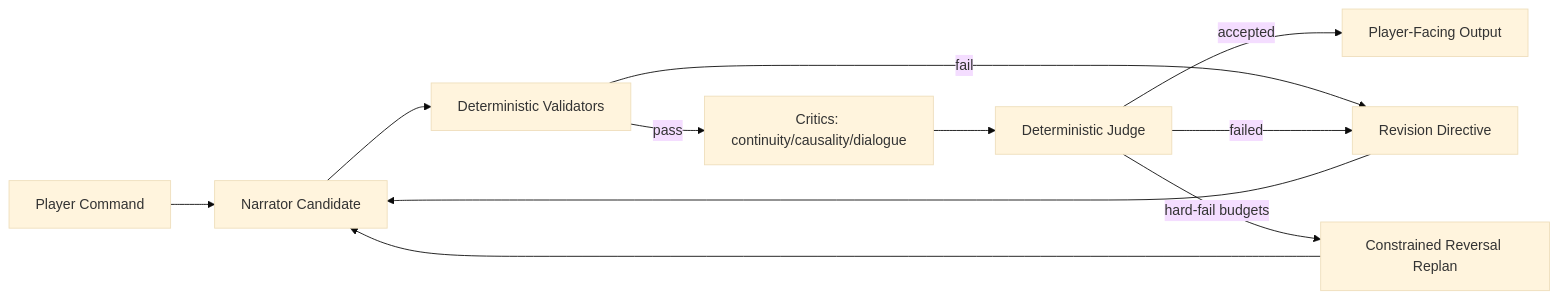
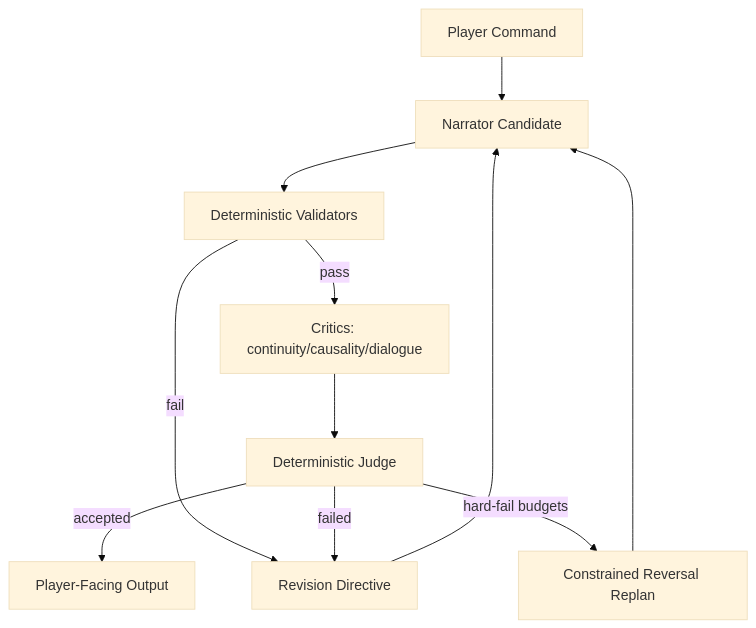
Before and after one commit to bcorfman/freytag-forge: the diagram in README.md, drawn with Mermaid (base theme). The commit also changed other lines of this file, not shown here.

Commit message:
Refactor README to eliminate redundancy
Removed duplicate main features section and flowchart from README.

````diff
--- a/README.md
+++ b/README.md
@@ -42,13 +8,13 @@
 ```mermaid
-flowchart LR
+flowchart TD
     C[Player Command] --> N[Narrator Candidate]
     N --> V[Deterministic Validators]
     V -->|pass| R[Critics: continuity/causality/dialogue]
     V -->|fail| D[Revision Directive]
     R --> J[Deterministic Judge]
     J -->|accepted| O[Player-Facing Output]
     J -->|failed| D
     D --> N
     J -->|hard-fail budgets| X[Constrained Reversal Replan]
     X --> N
 ```
````
